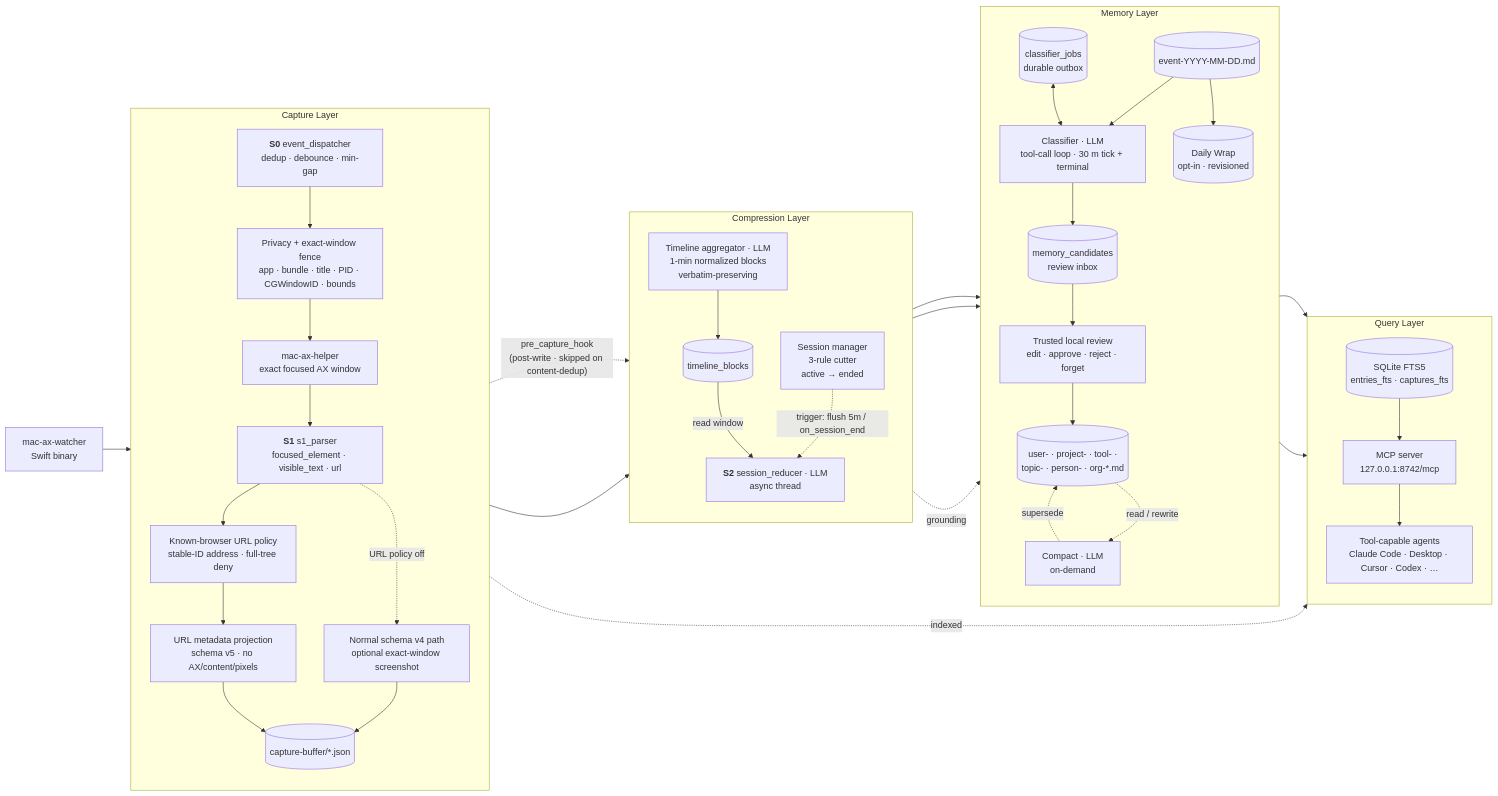
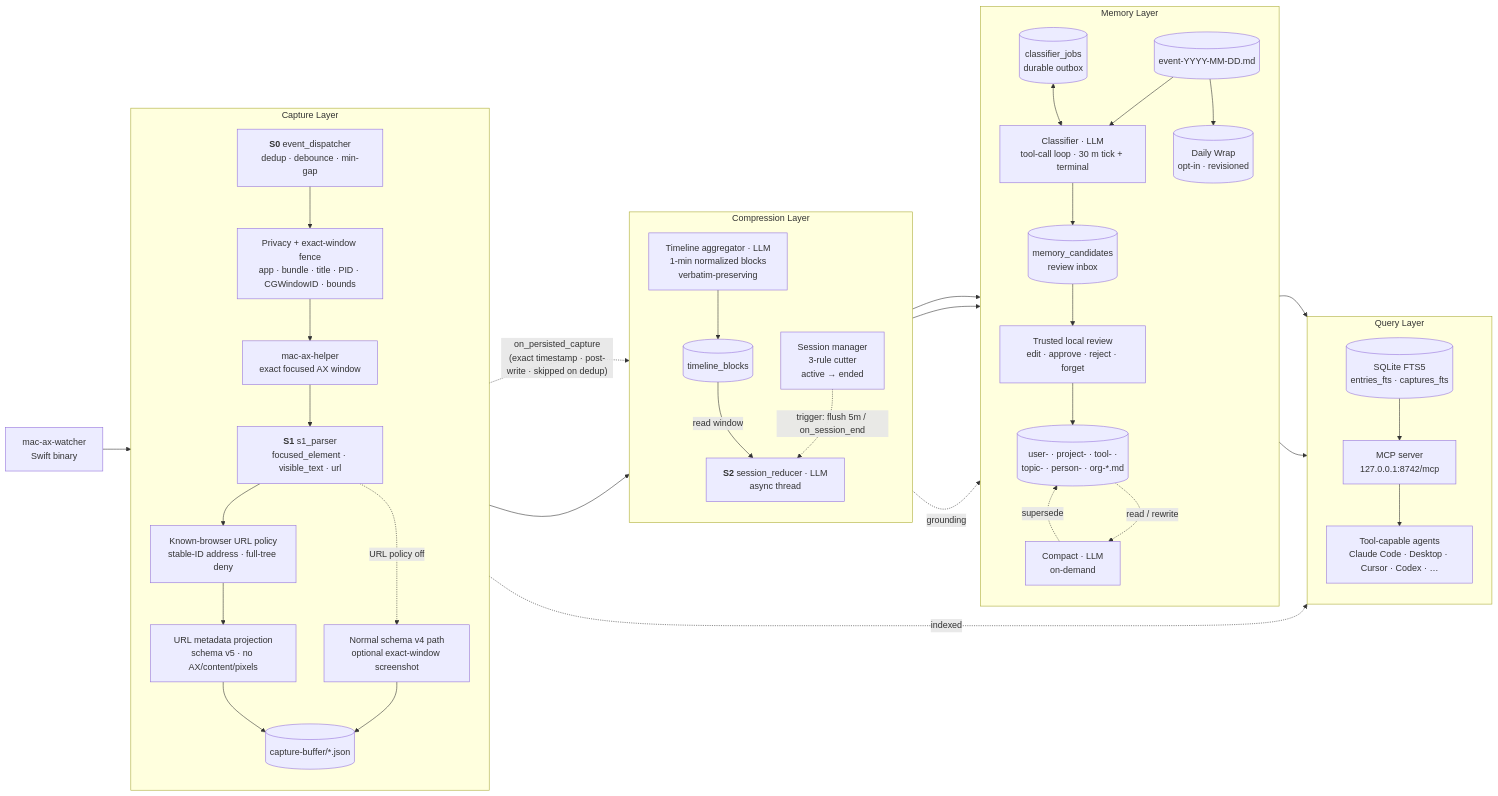
Before and after one commit to chimeraHHH/OpenChronicle: the first of 3 diagrams in docs/architecture.md, drawn with Mermaid. The commit also changed other lines of this file and 58 other files, not shown here.

````diff
--- a/docs/architecture.md
+++ b/docs/architecture.md
@@ -5,64 +5,64 @@
 ```mermaid
 flowchart LR
     W[mac-ax-watcher<br/>Swift binary]
 
     subgraph capture [Capture Layer]
         direction TB
         S0["<b>S0</b> event_dispatcher<br/>dedup · debounce · min-gap"]
         PF["Privacy + exact-window fence<br/>app · bundle · title · PID · CGWindowID · bounds"]
         AX["mac-ax-helper<br/>exact focused AX window"]
         S1["<b>S1</b> s1_parser<br/>focused_element · visible_text · url"]
         URL["Known-browser URL policy<br/>stable-ID address · full-tree deny"]
         META["URL metadata projection<br/>schema v5 · no AX/content/pixels"]
         NORMAL["Normal schema v4 path<br/>optional exact-window screenshot"]
         BUF[(capture-buffer/*.json)]
         S0 --> PF --> AX --> S1 --> URL --> META --> BUF
         S1 -. URL policy off .-> NORMAL --> BUF
     end
 
     subgraph compress [Compression Layer]
         direction TB
         TL["Timeline aggregator · LLM<br/>1-min normalized blocks<br/>verbatim-preserving"]
         BLOCKS[(timeline_blocks)]
         SM["Session manager<br/>3-rule cutter<br/>active → ended"]
         S2["<b>S2</b> session_reducer · LLM<br/>async thread"]
         TL --> BLOCKS
         BLOCKS -- read window --> S2
         SM -. trigger: flush 5m / on_session_end .-> S2
     end
 
     subgraph memory [Memory Layer]
         direction TB
         ED[(event-YYYY-MM-DD.md)]
         JOBS[(classifier_jobs<br/>durable outbox)]
         CLF["Classifier · LLM<br/>tool-call loop · 30 m tick + terminal"]
         CAND[(memory_candidates<br/>review inbox)]
         REVIEW["Trusted local review<br/>edit · approve · reject · forget"]
         MF[(user- · project- · tool- ·<br/>topic- · person- · org-*.md)]
         WRAP[(Daily Wrap<br/>opt-in · revisioned)]
         CMP["Compact · LLM<br/>on-demand"]
         ED --> CLF --> CAND --> REVIEW --> MF
         JOBS <--> CLF
         ED --> WRAP
         BLOCKS --> WRAP
         MF -. read / rewrite .-> CMP
         CMP -. supersede .-> MF
     end
 
     subgraph query [Query Layer]
         direction TB
         FTS[(SQLite FTS5<br/>entries_fts · captures_fts)]
         MCP["MCP server<br/>127.0.0.1:8742/mcp"]
         AG[Tool-capable agents<br/>Claude Code · Desktop · Cursor · Codex · …]
         FTS --> MCP --> AG
     end
 
     W --> S0
-    BUF -. pre_capture_hook<br/>(post-write · skipped on content-dedup) .-> SM
+    BUF -. on_persisted_capture<br/>(exact timestamp · post-write · skipped on dedup) .-> SM
     BUF --> TL
     S2 --> ED
     BLOCKS -. grounding .-> CLF
     MF --> FTS
     ED --> FTS
     BUF -. indexed .-> FTS
 ```
````
